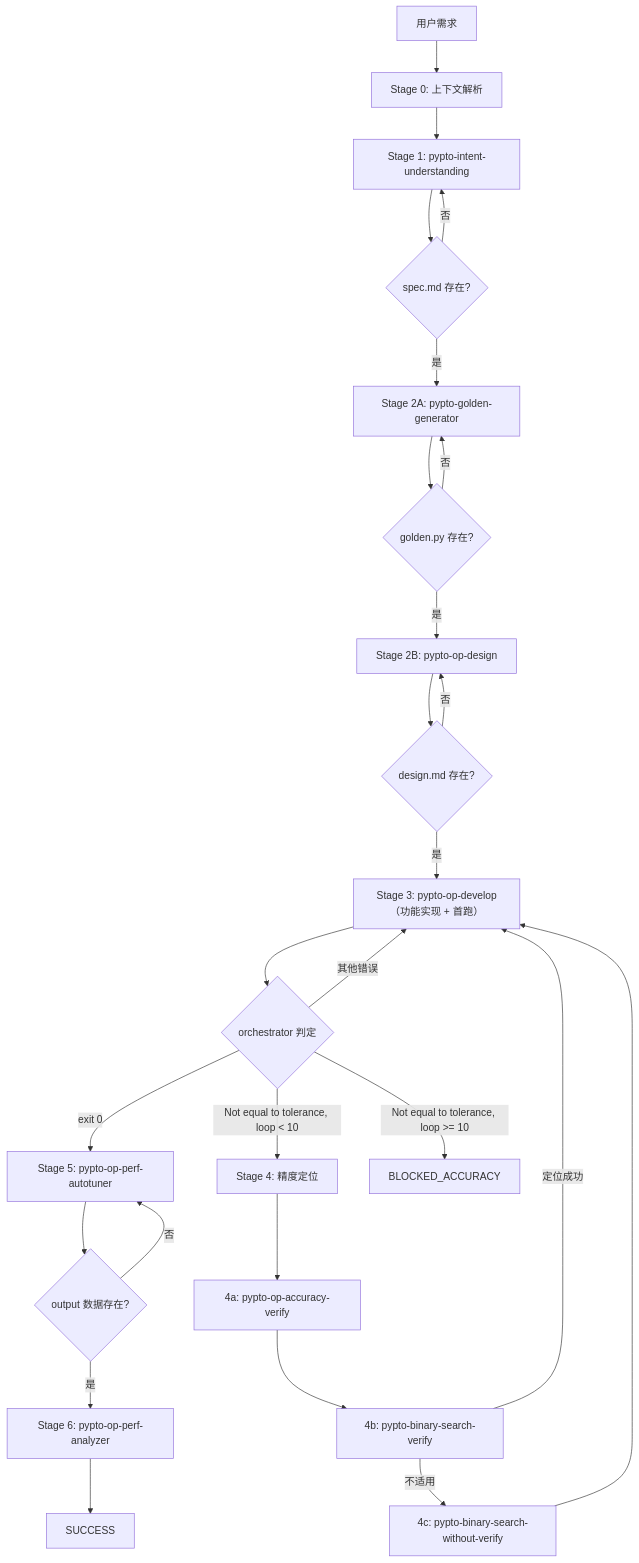
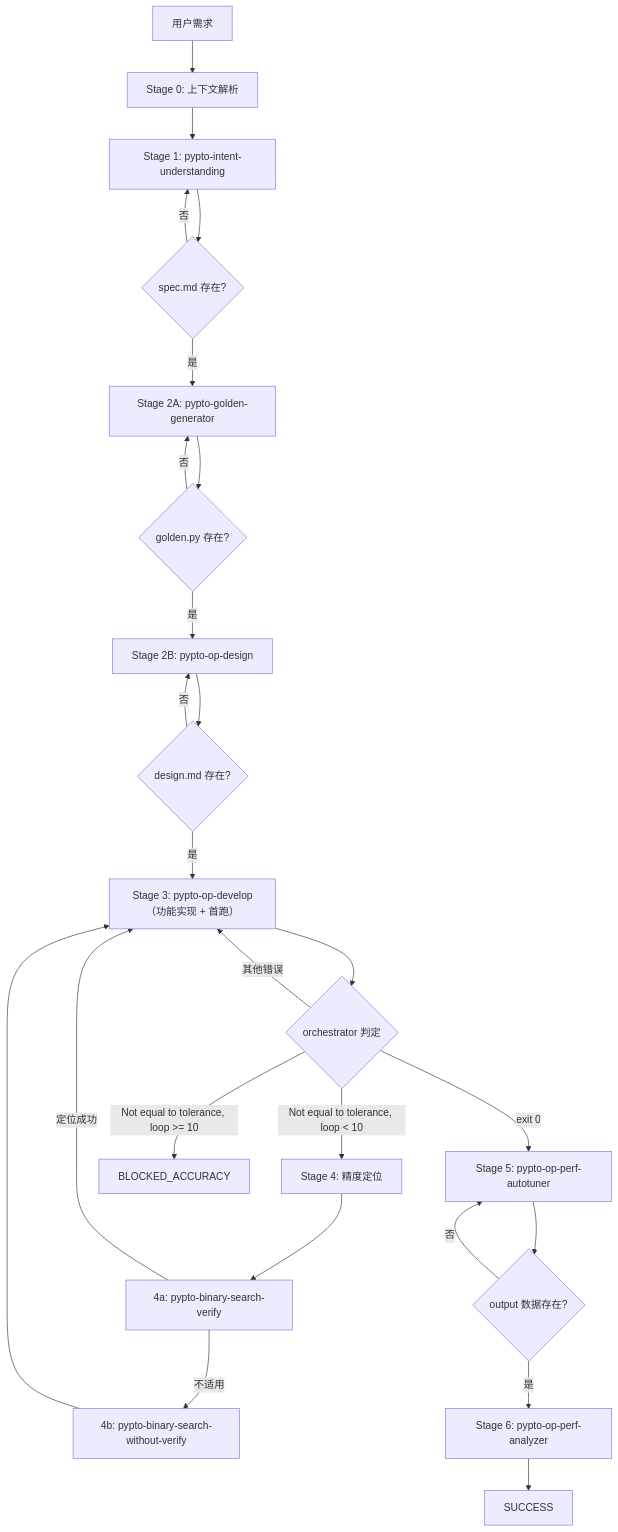
Before and after one commit to KayWang12138/pypto: the diagram in .opencode/agents/pypto-op-orchestrator.md, drawn with Mermaid. The commit also changed other lines of this file and 5 other files, not shown here.

First line of the commit message:
refactor(skills): remove pypto-op-accuracy-verify and simplify accuracy debugging flow

````diff
--- a/.opencode/agents/pypto-op-orchestrator.md
+++ b/.opencode/agents/pypto-op-orchestrator.md
@@ -98,28 +98,27 @@
 ```mermaid
 flowchart TD
     A[用户需求] --> S0[Stage 0: 上下文解析]
     S0 --> S1[Stage 1: pypto-intent-understanding]
     S1 --> G1{spec.md 存在?}
     G1 -->|否| S1
     G1 -->|是| S2A[Stage 2A: pypto-golden-generator]
     S2A --> G2A{golden.py 存在?}
     G2A -->|否| S2A
     G2A -->|是| S2B[Stage 2B: pypto-op-design]
     S2B --> G2B{design.md 存在?}
     G2B -->|否| S2B
     G2B -->|是| S3["Stage 3: pypto-op-develop（功能实现 + 首跑）"]
     S3 --> J{orchestrator 判定}
     J -->|exit 0| S5[Stage 5: pypto-op-perf-autotuner]
     J -->|Not equal to tolerance, loop < 10| S4[Stage 4: 精度定位]
     J -->|Not equal to tolerance, loop >= 10| BA[BLOCKED_ACCURACY]
     J -->|其他错误| S3
-    S4 --> S4a[4a: pypto-op-accuracy-verify]
-    S4a --> S4b[4b: pypto-binary-search-verify]
-    S4b -->|定位成功| S3
-    S4b -->|不适用| S4c[4c: pypto-binary-search-without-verify]
-    S4c --> S3
+    S4 --> S4a[4a: pypto-binary-search-verify]
+    S4a -->|定位成功| S3
+    S4a -->|不适用| S4b[4b: pypto-binary-search-without-verify]
+    S4b --> S3
     S5 --> G5{output 数据存在?}
     G5 -->|否| S5
     G5 -->|是| S6[Stage 6: pypto-op-perf-analyzer]
     S6 --> SUCCESS[SUCCESS]
 ```
````
